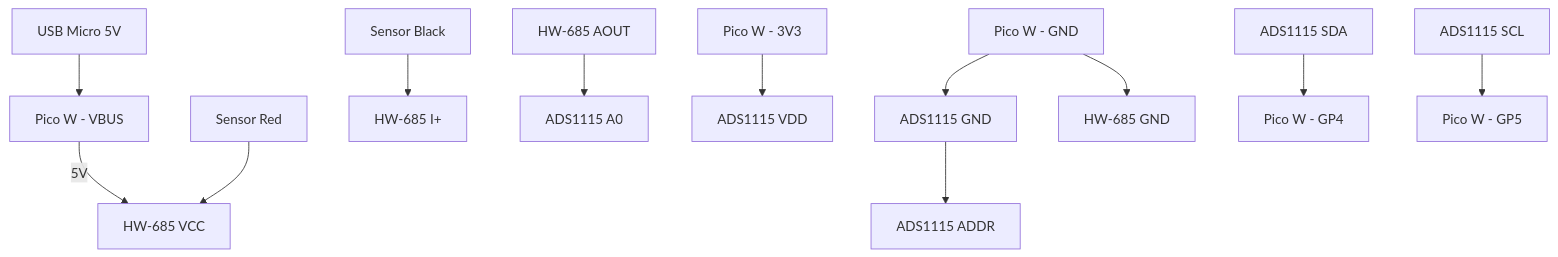
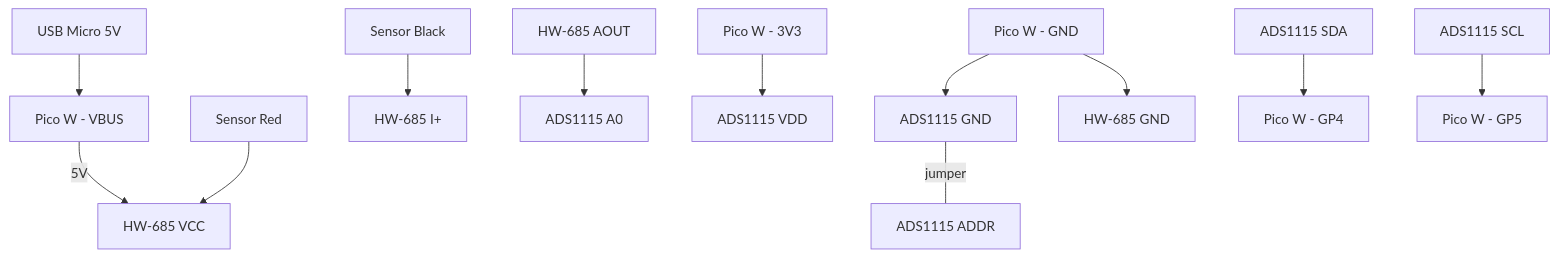
Before and after one commit to bosmun0224/cistern: the diagram in README.md, drawn with Mermaid. The commit also changed other lines of this file and 14 other files, not shown here.

````diff
--- a/README.md
+++ b/README.md
@@ -16,18 +16,18 @@
 ```mermaid
 graph TD
     USB[USB Micro 5V] --> VBUS[Pico W - VBUS]
 
     VBUS -->|5V| VCC[HW-685 VCC]
     SENSOR_RED[Sensor Red] --> VCC
     SENSOR_BLK[Sensor Black] --> IP[HW-685 I+]
 
     AOUT[HW-685 AOUT] --> A0[ADS1115 A0]
 
     PICO_3V3[Pico W - 3V3] --> ADS_VDD[ADS1115 VDD]
     PICO_GND[Pico W - GND] --> ADS_GND[ADS1115 GND]
     PICO_GND --> HW_GND[HW-685 GND]
-    ADS_GND --> ADS_ADDR[ADS1115 ADDR]
+    ADS_GND ---|jumper| ADS_ADDR[ADS1115 ADDR]
 
     ADS_SDA[ADS1115 SDA] --> GP4[Pico W - GP4]
     ADS_SCL[ADS1115 SCL] --> GP5[Pico W - GP5]
 ```
````
